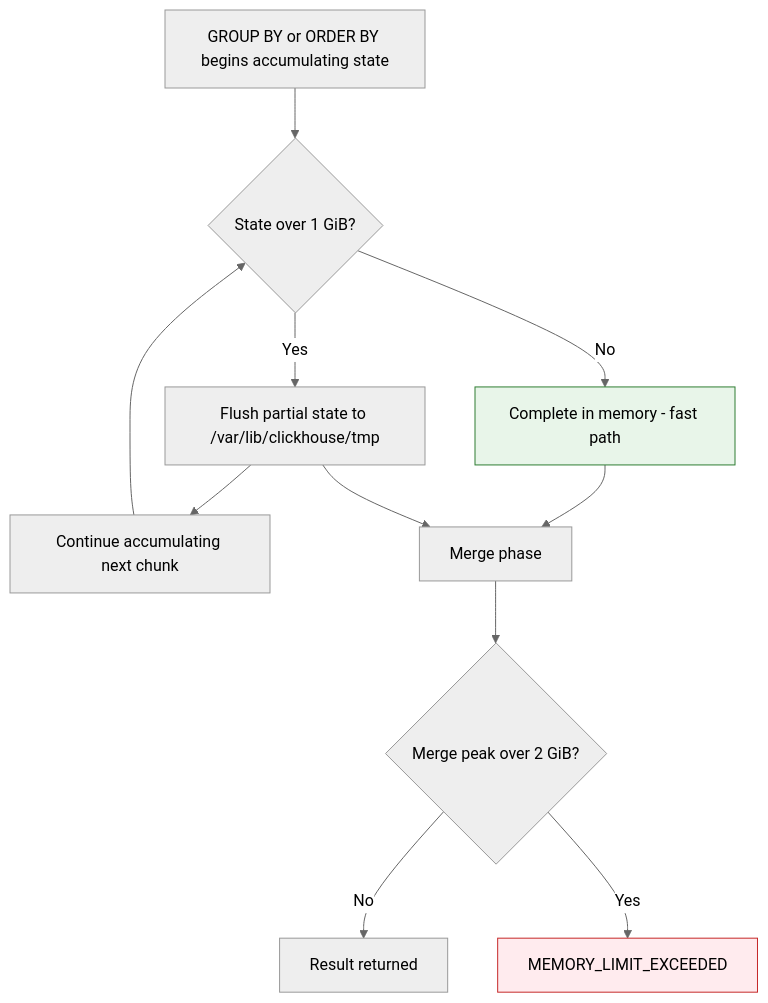
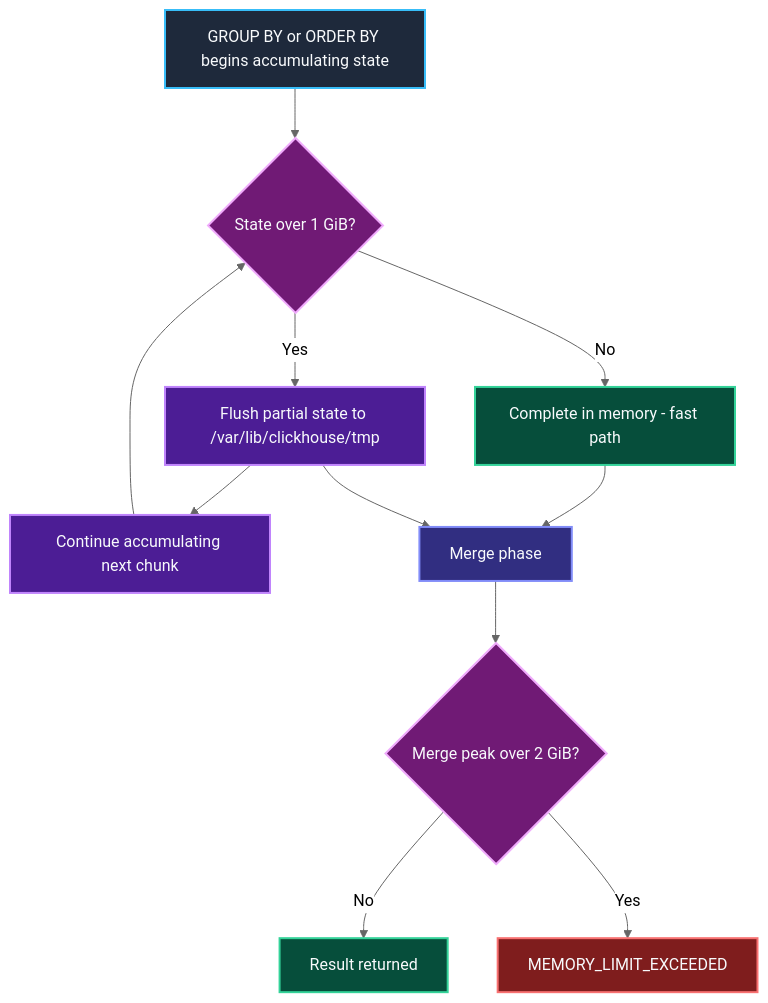
One commit to Chief-Strategist-J/llm-obs-infra changed the eighth of 17 diagrams in docs/configDoc/clickhouse-configuration-guide.md. Above: the diagram before and after it, drawn with Mermaid (neutral theme). The commit also changed other lines of this file, not shown here.

First line of the commit message:
fix(clickhouse-docs): repair Mermaid rendering, colour all diagrams, strip pseudocode comments

````diff
--- a/docs/configDoc/clickhouse-configuration-guide.md
+++ b/docs/configDoc/clickhouse-configuration-guide.md
@@ -919,16 +990,23 @@
 ```mermaid
 graph TB
     Q1["GROUP BY or ORDER BY begins accumulating state"] --> Q2{"State over 1 GiB?"}
     Q2 -->|No| Q3["Complete in memory - fast path"]
     Q2 -->|Yes| Q4["Flush partial state to /var/lib/clickhouse/tmp"]
     Q4 --> Q5["Continue accumulating next chunk"]
     Q5 --> Q2
     Q3 --> Q6["Merge phase"]
     Q4 --> Q6
     Q6 --> Q7{"Merge peak over 2 GiB?"}
     Q7 -->|No| Q8["Result returned"]
     Q7 -->|Yes| Q9["MEMORY_LIMIT_EXCEEDED"]
 
-    style Q3 fill:#e8f5e9,stroke:#2e7d32
-    style Q9 fill:#ffebee,stroke:#c62828
+    style Q1 fill:#1e293b,stroke:#38bdf8,stroke-width:2px,color:#f8fafc
+    style Q2 fill:#701a75,stroke:#f0abfc,stroke-width:2px,color:#f8fafc
+    style Q7 fill:#701a75,stroke:#f0abfc,stroke-width:2px,color:#f8fafc
+    style Q3 fill:#064e3b,stroke:#34d399,stroke-width:2px,color:#f8fafc
+    style Q8 fill:#064e3b,stroke:#34d399,stroke-width:2px,color:#f8fafc
+    style Q4 fill:#4c1d95,stroke:#c084fc,stroke-width:2px,color:#f8fafc
+    style Q5 fill:#4c1d95,stroke:#c084fc,stroke-width:2px,color:#f8fafc
+    style Q6 fill:#312e81,stroke:#818cf8,stroke-width:2px,color:#f8fafc
+    style Q9 fill:#7f1d1d,stroke:#f87171,stroke-width:2px,color:#f8fafc
 ```
````
